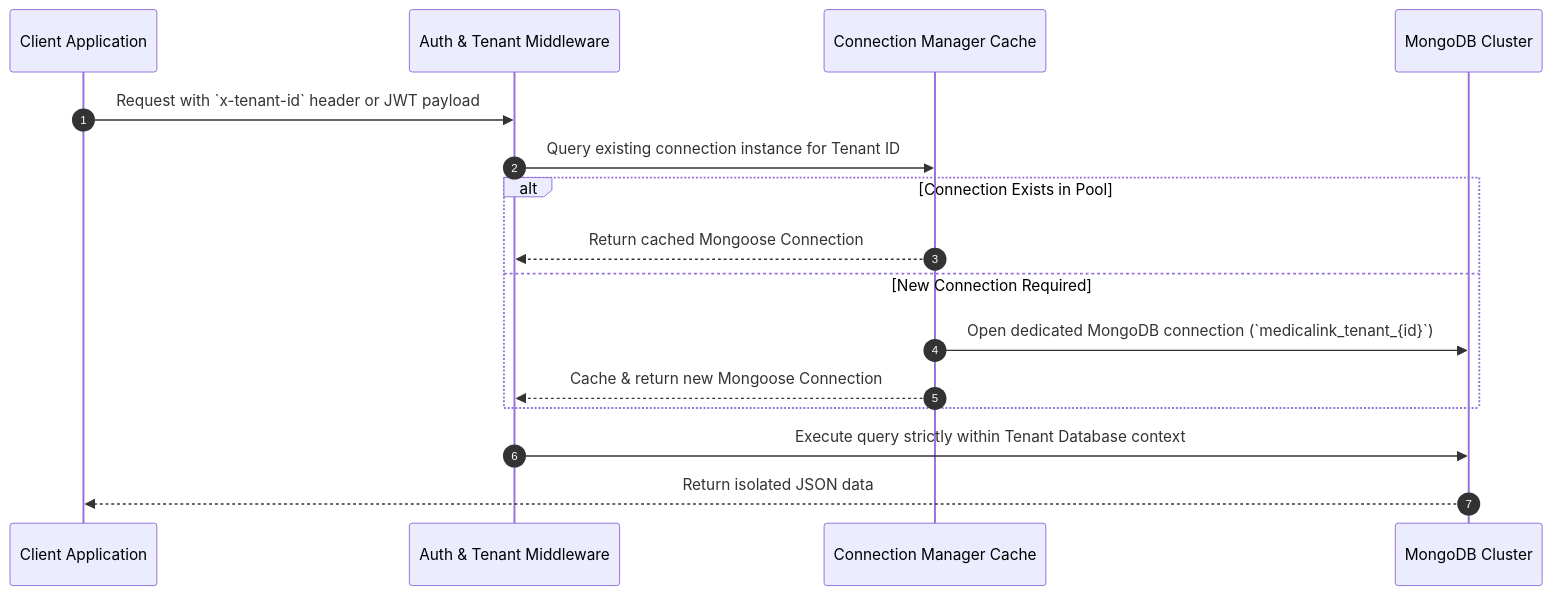
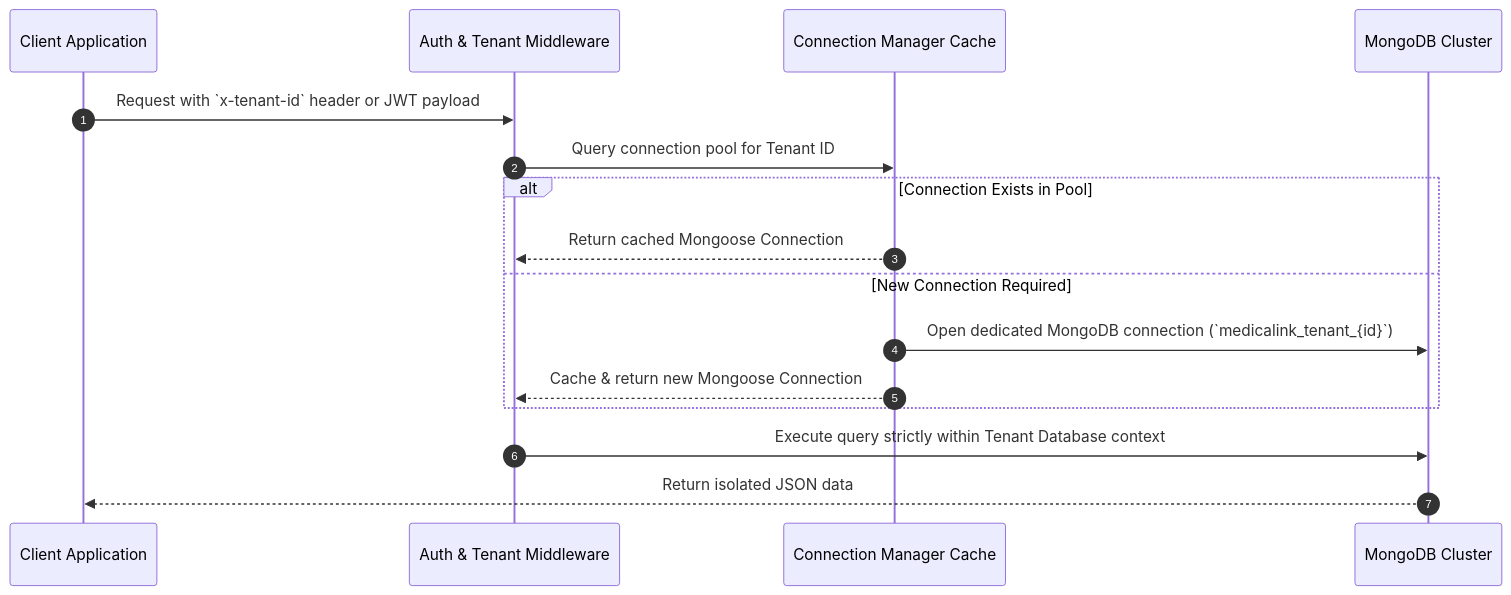
Before and after one commit to harisx404/MedicaLink-HMS: the second of 4 diagrams in docs/ARCHITECTURE.md, drawn with Mermaid. The commit also changed other lines of this file and 6 other files, not shown here.

````diff
--- a/docs/ARCHITECTURE.md
+++ b/docs/ARCHITECTURE.md
@@ -29,19 +29,19 @@
 ```mermaid
 sequenceDiagram
     autonumber
     participant Client as Client Application
     participant Auth as Auth & Tenant Middleware
     participant Pool as Connection Manager Cache
     participant DB as MongoDB Cluster
 
     Client->>Auth: Request with `x-tenant-id` header or JWT payload
-    Auth->>Pool: Query existing connection instance for Tenant ID
+    Auth->>Pool: Query connection pool for Tenant ID
     alt Connection Exists in Pool
         Pool-->>Auth: Return cached Mongoose Connection
     else New Connection Required
         Pool->>DB: Open dedicated MongoDB connection (`medicalink_tenant_{id}`)
         Pool-->>Auth: Cache & return new Mongoose Connection
     end
     Auth->>DB: Execute query strictly within Tenant Database context
     DB-->>Client: Return isolated JSON data
 ```
````
